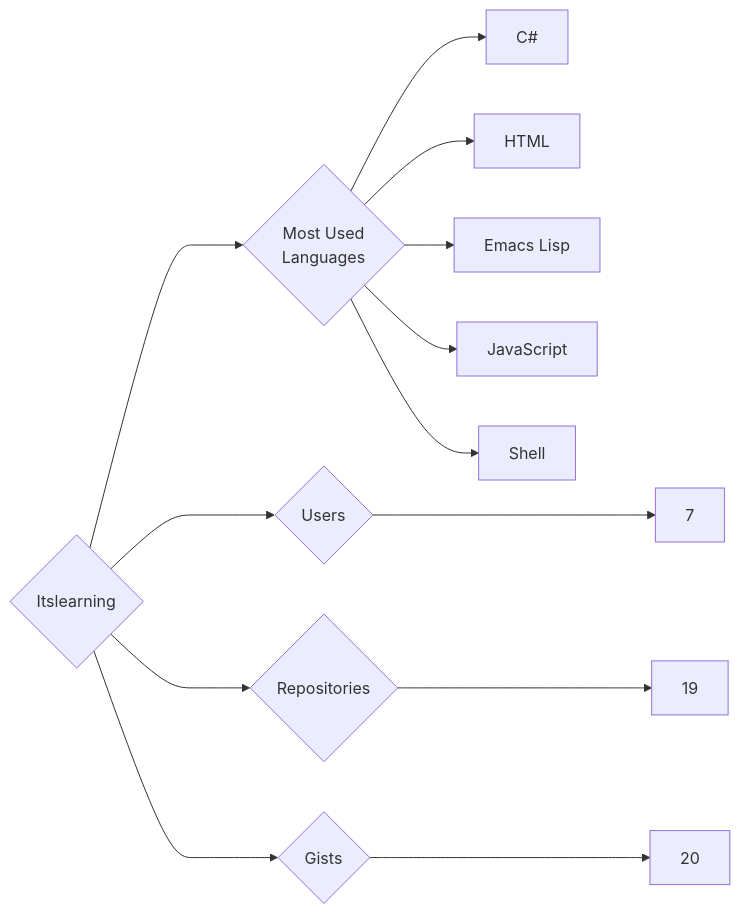
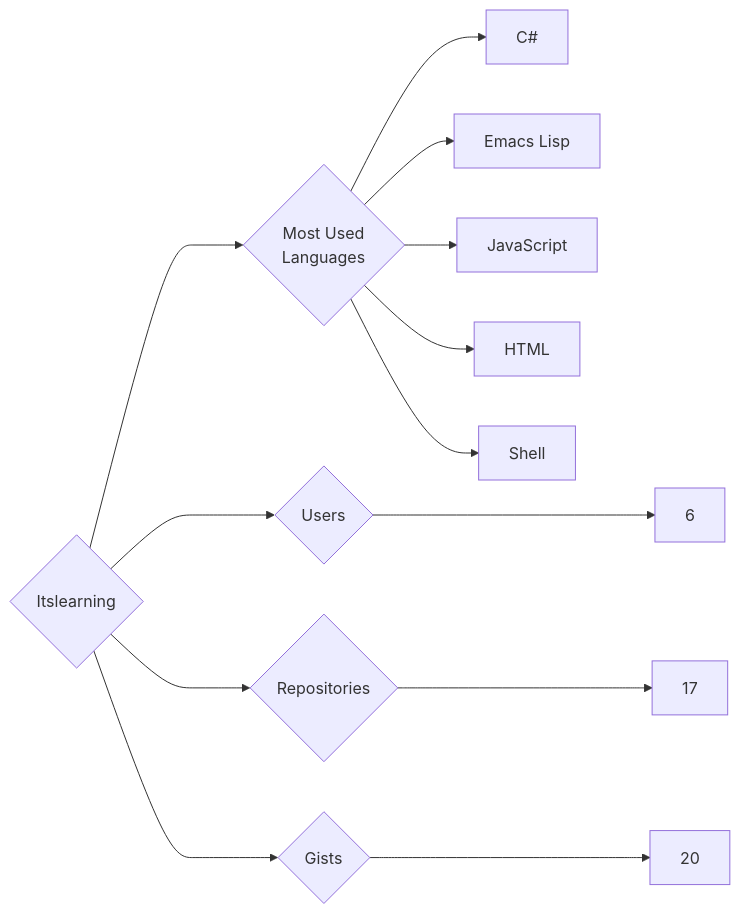
One commit to trickest/insiders changed the diagram in targets/Itslearning/README.md. Above: the diagram before and after it, drawn with Mermaid. The commit also changed 720 other files, not shown here.

````diff
--- a/targets/Itslearning/README.md
+++ b/targets/Itslearning/README.md
@@ -3,13 +3,13 @@
 ```mermaid
 graph LR
 COMPANY_NAME{Itslearning}
-COMPANY_NAME ---> U{Users} ---> UN[7]
-COMPANY_NAME ---> R{Repositories} ---> RN[19]
+COMPANY_NAME ---> U{Users} ---> UN[6]
+COMPANY_NAME ---> R{Repositories} ---> RN[17]
 COMPANY_NAME ---> G{Gists} ---> GN[20]
 COMPANY_NAME ---> ML{Most Used<br>Languages}
 ML --> C#[C#]
-ML --> HTML[HTML]
 ML --> Emacs_Lisp[Emacs Lisp]
 ML --> JavaScript[JavaScript]
+ML --> HTML[HTML]
 ML --> Shell[Shell]
 ```
````
